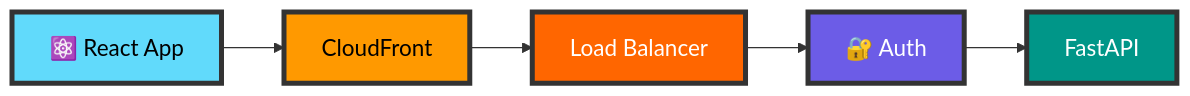
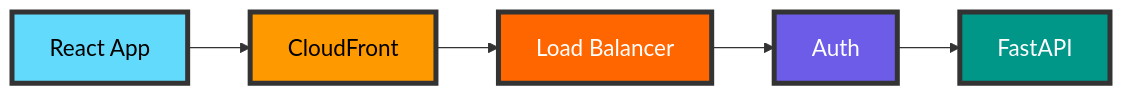
Before and after one commit to inskillflow/awsbedrock-demo-1-inmemory: diagram 13 of 24 in documentation/00-ARCHITECTURE.md, drawn with Mermaid. The commit also changed other lines of this file, not shown here.

First line of the commit message:
refactor: simplification des diagrammes - retrait des emojis

````diff
--- a/documentation/00-ARCHITECTURE.md
+++ b/documentation/00-ARCHITECTURE.md
@@ -719,19 +719,19 @@
 ```mermaid
 flowchart LR
-    React[⚛️ React App]
+    React[React App]
     CDN[CloudFront]
     LB[Load Balancer]
-    Auth[🔐 Auth]
+    Auth[Auth]
     API[FastAPI]
     
     React --> CDN
     CDN --> LB
     LB --> Auth
     Auth --> API
     
     style React fill:#61DAFB,stroke:#333,stroke-width:4px,color:#000,font-size:18px
     style CDN fill:#FF9900,stroke:#333,stroke-width:4px,color:#000,font-size:18px
     style LB fill:#FF6600,stroke:#333,stroke-width:4px,color:#fff,font-size:18px
     style Auth fill:#6C5CE7,stroke:#333,stroke-width:4px,color:#fff,font-size:18px
     style API fill:#009688,stroke:#333,stroke-width:4px,color:#fff,font-size:18px
 ```
````
